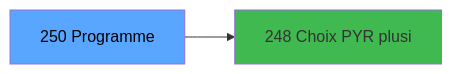
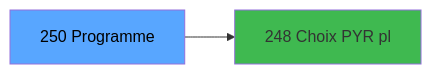
The third of 3 diagrams in .openspec/specs/ADH-IDE-250.md (thonyAGP/magic-migration), drawn with Mermaid before and after one commit. The commit also changed other lines of this file and 323 other files, not shown here.

````diff
--- a/.openspec/specs/ADH-IDE-250.md
+++ b/.openspec/specs/ADH-IDE-250.md
@@ -117,8 +141,8 @@
 ```mermaid
 graph LR
     T[250 Programme]
-    C248[248 Choix PYR plusi]
+    C248[248 Choix PYR pl]
     T --> C248
     style T fill:#58a6ff,color:#000
     style C248 fill:#3fb950
 ```
````
